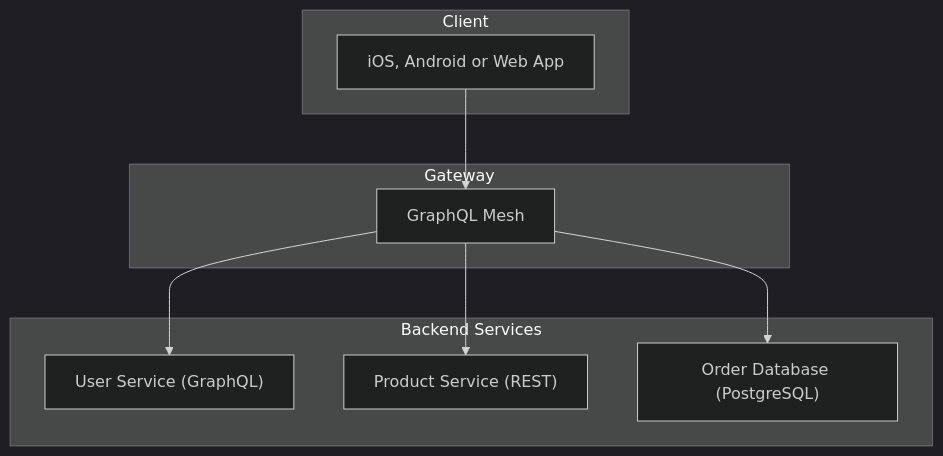
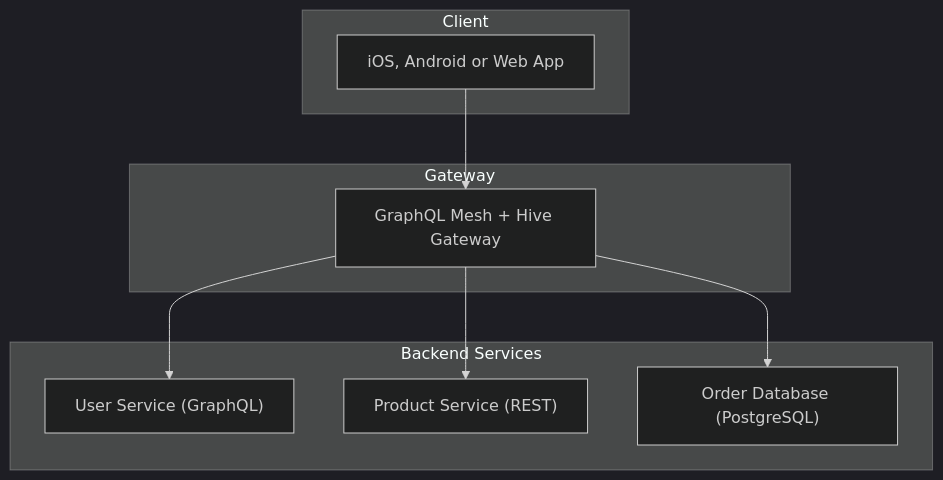
Before and after one commit to ardatan/graphql-mesh: the diagram in website/src/pages/v1/index.mdx, drawn with Mermaid (dark theme). The commit also changed other lines of this file and 75 other files, not shown here.

````diff
--- a/website/src/pages/v1/index.mdx
+++ b/website/src/pages/v1/index.mdx
@@ -15,21 +15,21 @@
 ```mermaid
 graph TD
     subgraph Client
         A[iOS, Android or Web App]
     end
 
     subgraph Gateway
-        B[GraphQL Mesh]
+        B[GraphQL Mesh + Hive Gateway]
     end
 
     subgraph Backend Services
         C1["User Service (GraphQL)"]
         C2["Product Service (REST)"]
         C3["Order Database (PostgreSQL)"]
     end
 
     A --> B
     B --> C1
     B --> C2
     B --> C3
 ```
````
